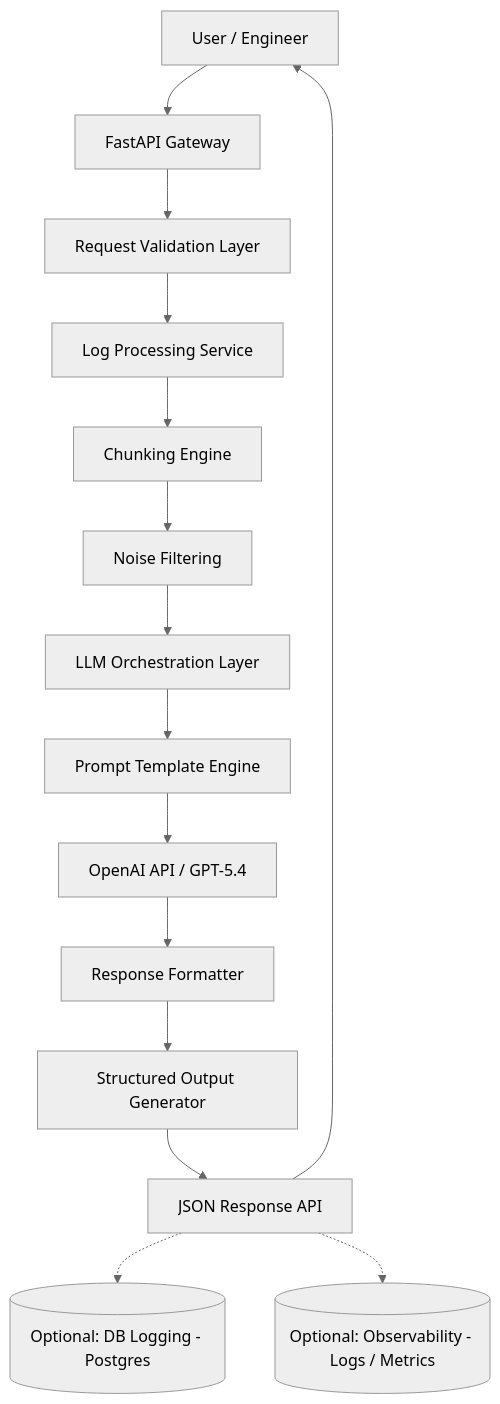
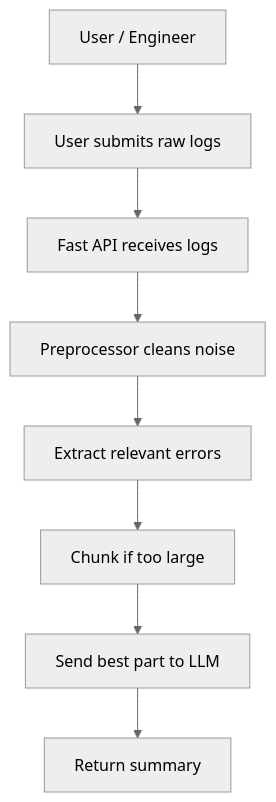
Before and after one commit to luizsantos-github/logsage-ai: the diagram in README.md, drawn with Mermaid (neutral theme). The commit also changed other lines of this file, not shown here.

Commit message:
Replace architecture diagram to pipeline diagram

````diff
--- a/README.md
+++ b/README.md
@@ -40,27 +40,16 @@
 ```mermaid
 flowchart TD
 
-A[User / Engineer] --> B[FastAPI Gateway]
+A[User / Engineer] --> B[User submits raw logs]
 
-B --> C[Request Validation Layer]
-C --> D[Log Processing Service]
+B --> C[Fast API receives logs]
+C --> D[Preprocessor cleans noise]
 
-D --> D1[Chunking Engine]
-D1 --> D2[Noise Filtering]
+D --> D1[Extract relevant errors]
+D1 --> D2[Chunk if too large]
 
-D2 --> E[LLM Orchestration Layer]
+D2 --> E[Send best part to LLM]
 
-E --> E1[Prompt Template Engine]
-E1 --> E2[OpenAI API / GPT-5.4]
+E --> E1[Return summary]
 
-E2 --> F[Response Formatter]
-
-F --> G[Structured Output Generator]
-G --> H[JSON Response API]
-
-H --> A
-
-%% Optional future expansion
-H -.-> I[(Optional: DB Logging - Postgres)]
-H -.-> J[(Optional: Observability - Logs / Metrics)]
 ```
````
